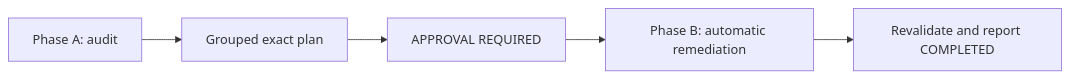
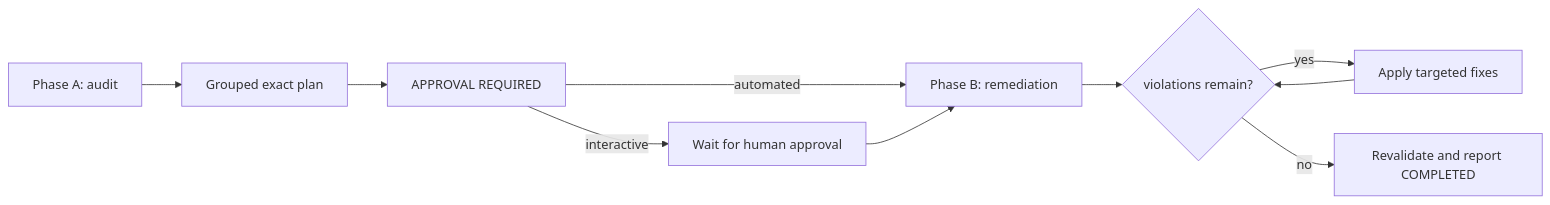
The diagram in .agents/skills/audit-google-python-style/SKILL.md (urban233/CoDev), drawn with Mermaid before and after one commit. The commit also changed other lines of this file and 1 other file, not shown here.

Commit message:
Update Google Python Style audit workflow and documentation: clarify Phase B steps, refine plan generation, and adjust remediation rules for annotations, imports, and comments.

````diff
--- a/.agents/skills/audit-google-python-style/SKILL.md
+++ b/.agents/skills/audit-google-python-style/SKILL.md
@@ -14,7 +14,12 @@
 ```mermaid
 flowchart LR
- A[Phase A: audit] --> P[Grouped exact plan]
- P --> R[APPROVAL REQUIRED]
- R --> B[Phase B: automatic remediation]
- B --> C[Revalidate and report COMPLETED]
+  A[Phase A: audit] --> P[Grouped exact plan]
+  P --> R[APPROVAL REQUIRED]
+  R -->|automated| B[Phase B: remediation]
+  R -->|interactive| H[Wait for human approval]
+  H --> B
+  B --> L{violations remain?}
+  L -->|yes| F[Apply targeted fixes]
+  F --> L
+  L -->|no| C[Revalidate and report COMPLETED]
 ```
````
